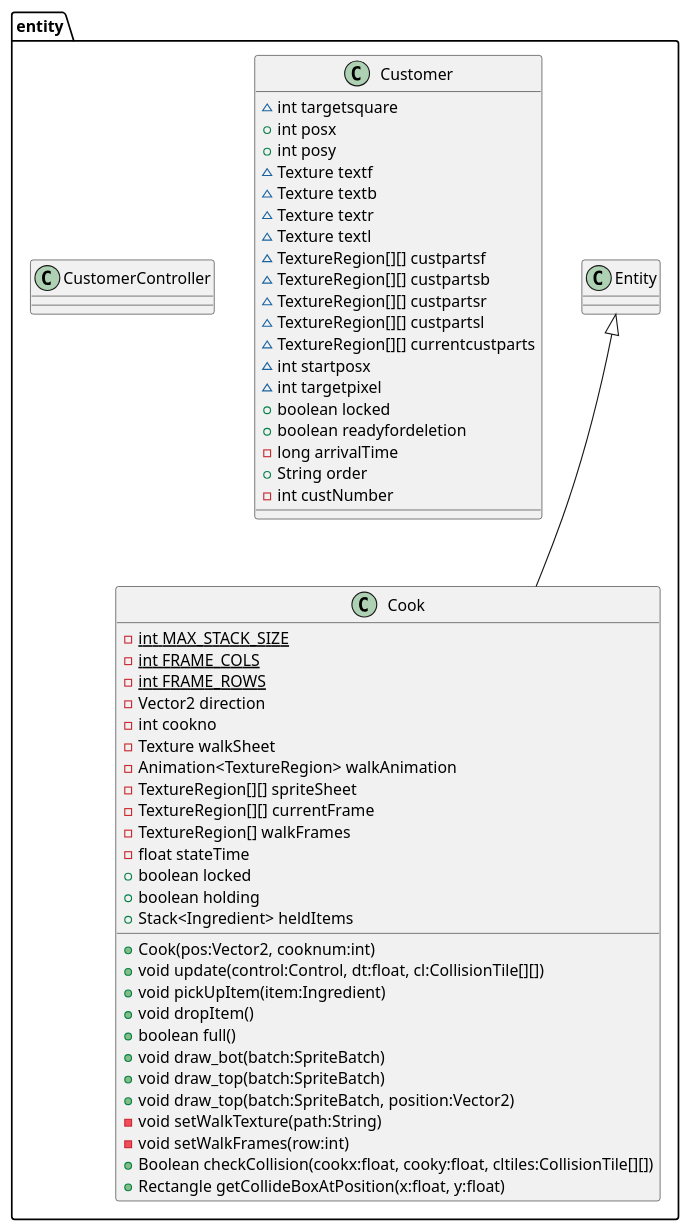
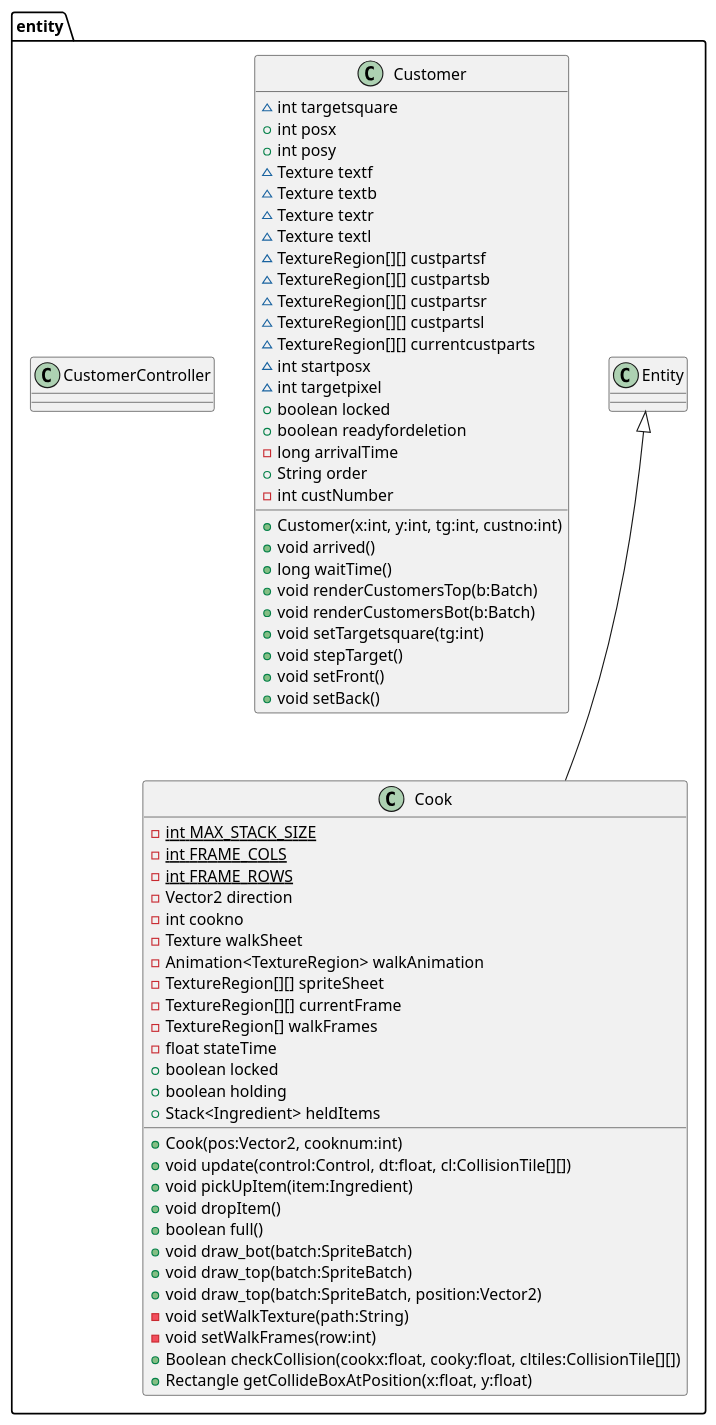
The diagram in UMLDiagrams/entity_package.puml (decassociation/project_eng1_team3), drawn with PlantUML before and after one commit.

Commit message:
More work on entity_package.puml; finished Customer and Cook class work.

```diff
--- a/UMLDiagrams/entity_package.puml
+++ b/UMLDiagrams/entity_package.puml
@@ -1,61 +1,70 @@
 @startuml
 'https://plantuml.com/class-diagram
 package "entity"{
 
 class Cook extends Entity{
 -{static} int MAX_STACK_SIZE
 -{static} int FRAME_COLS
 -{static} int FRAME_ROWS
 -Vector2 direction
 -int cookno
 -Texture walkSheet
 -Animation<TextureRegion> walkAnimation
 -TextureRegion[][] spriteSheet
 -TextureRegion[][] currentFrame
 -TextureRegion[] walkFrames
 -float stateTime
 +boolean locked
 +boolean holding
 +Stack<Ingredient> heldItems
 +Cook(pos:Vector2, cooknum:int)
 +void update(control:Control, dt:float, cl:CollisionTile[][])
 +void pickUpItem(item:Ingredient)
 +void dropItem()
 +boolean full()
 +void draw_bot(batch:SpriteBatch)
 +void draw_top(batch:SpriteBatch)
 +void draw_top(batch:SpriteBatch, position:Vector2)
 -void setWalkTexture(path:String)
 -void setWalkFrames(row:int)
 +Boolean checkCollision(cookx:float, cooky:float, cltiles:CollisionTile[][])
 +Rectangle getCollideBoxAtPosition(x:float, y:float)
 }
 
 class Customer{
 ~int targetsquare
 +int posx
 +int posy
 ~Texture textf
 ~Texture textb
 ~Texture textr
 ~Texture textl
 ~TextureRegion[][] custpartsf
 ~TextureRegion[][] custpartsb
 ~TextureRegion[][] custpartsr
 ~TextureRegion[][] custpartsl
 ~TextureRegion[][] currentcustparts
 ~int startposx
 ~int targetpixel
 +boolean locked
 +boolean readyfordeletion
 -long arrivalTime
 +String order
 -int custNumber
++Customer(x:int, y:int, tg:int, custno:int)
++void arrived()
++long waitTime()
++void renderCustomersTop(b:Batch)
++void renderCustomersBot(b:Batch)
++void setTargetsquare(tg:int)
++void stepTarget()
++void setFront()
++void setBack()
 }
 
 class CustomerController{}
 
 class Entity{}
 
 }
 @enduml
```
